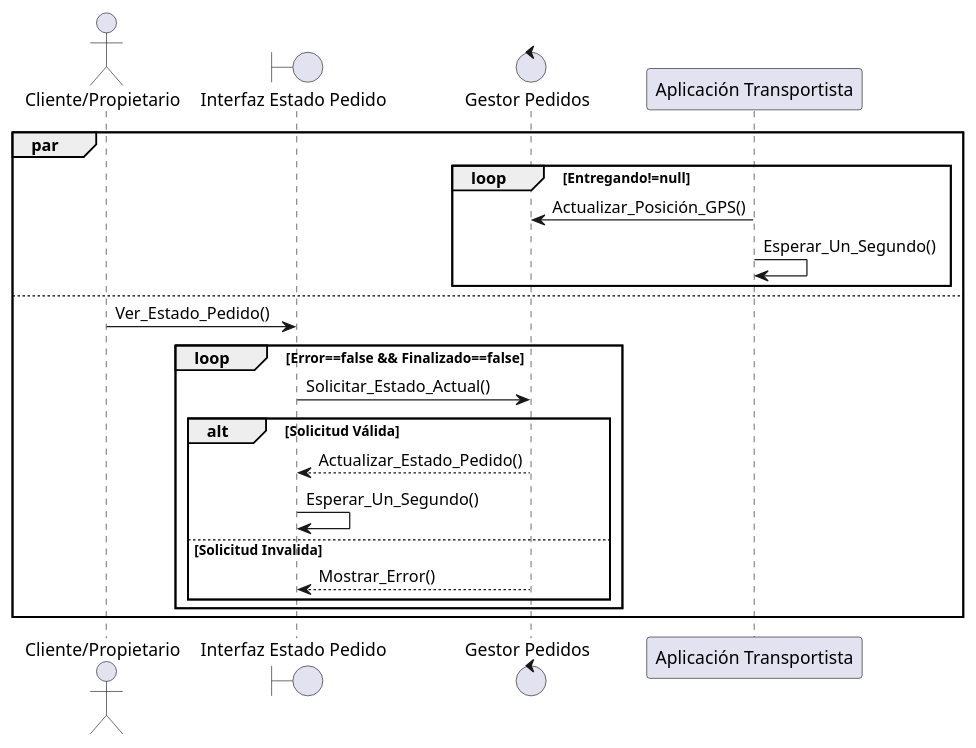
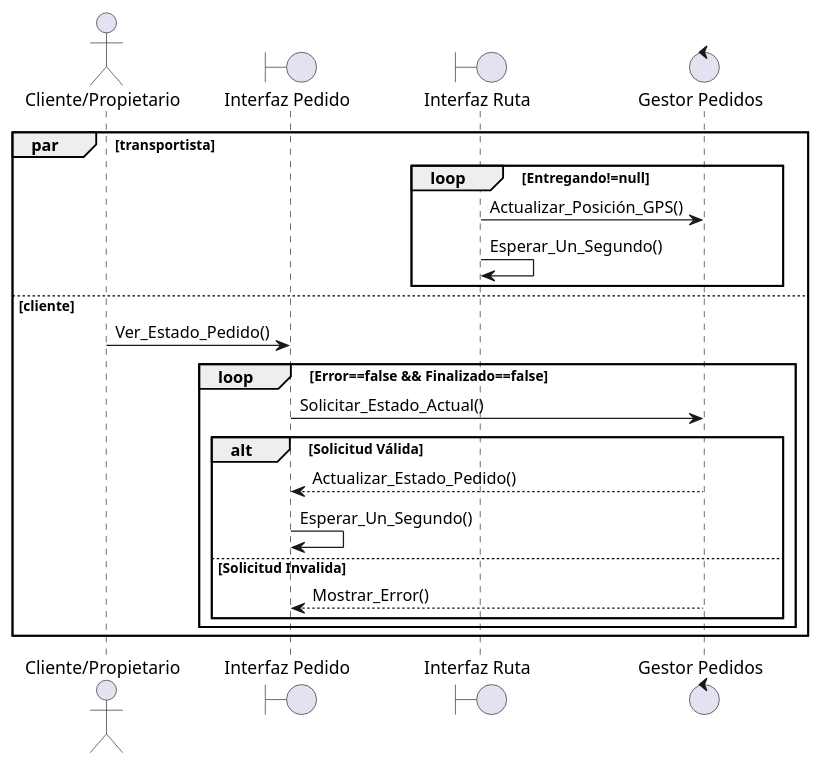
One commit to Ashwrai/Documentation_practice changed the diagram in others/working-documents/sprint-4/umls/ver estado pedido.plantuml. Above: the diagram before and after it, drawn with PlantUML.

Commit message:
utilizar interfaz ruta, utilizar 'interfaz pedido'

```diff
--- a/others/working-documents/sprint-4/umls/ver estado pedido.plantuml
+++ b/others/working-documents/sprint-4/umls/ver estado pedido.plantuml
@@ -7,23 +7,24 @@
 @startuml Ver estado pedido
 actor "Cliente/Propietario"
-boundary "Interfaz Estado Pedido"
+boundary "Interfaz Pedido"
+boundary "Interfaz Ruta"
 control "Gestor Pedidos"
 
-par
+par transportista
     loop Entregando!=null
-        "Aplicación Transportista" -> "Gestor Pedidos": Actualizar_Posición_GPS()
-        "Aplicación Transportista" -> "Aplicación Transportista": Esperar_Un_Segundo()
+        "Interfaz Ruta" -> "Gestor Pedidos": Actualizar_Posición_GPS()
+        "Interfaz Ruta" -> "Interfaz Ruta": Esperar_Un_Segundo()
     end
-    else
-    "Cliente/Propietario"->"Interfaz Estado Pedido": Ver_Estado_Pedido()
+    else cliente
+    "Cliente/Propietario"->"Interfaz Pedido": Ver_Estado_Pedido()
     loop Error==false && Finalizado==false
-        "Interfaz Estado Pedido" -> "Gestor Pedidos": Solicitar_Estado_Actual()
+        "Interfaz Pedido" -> "Gestor Pedidos": Solicitar_Estado_Actual()
         alt Solicitud Válida
-            "Gestor Pedidos" --> "Interfaz Estado Pedido": Actualizar_Estado_Pedido()
-            "Interfaz Estado Pedido" -> "Interfaz Estado Pedido": Esperar_Un_Segundo()
+            "Gestor Pedidos" --> "Interfaz Pedido": Actualizar_Estado_Pedido()
+            "Interfaz Pedido" -> "Interfaz Pedido": Esperar_Un_Segundo()
         else Solicitud Invalida
-            "Gestor Pedidos" --> "Interfaz Estado Pedido": Mostrar_Error()
+            "Gestor Pedidos" --> "Interfaz Pedido": Mostrar_Error()
         end
     end
 end
 @enduml
```
